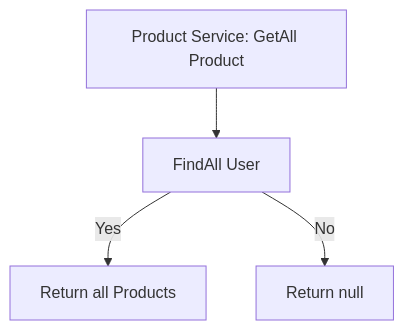
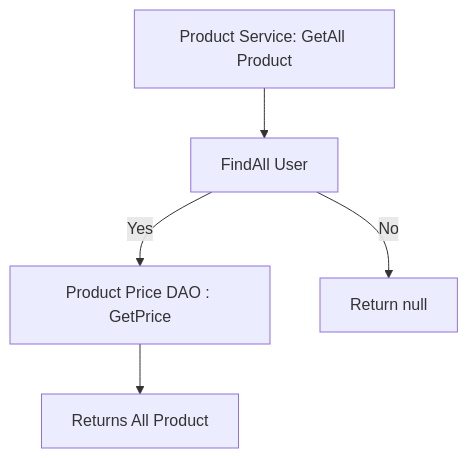
One commit to fssa-batch3/sec_b_inbalokesh.esakkipandi__corejava_project_2 changed the fifth of 9 diagrams in README.md. Above: the diagram before and after it, drawn with Mermaid. The commit also changed other lines of this file, not shown here.

````diff
--- a/README.md
+++ b/README.md
@@ -182,6 +213,7 @@
 ```mermaid
 graph TD;
   A["Product Service: GetAll Product"] --> B["FindAll User"]
-  B -- Yes --> C["Return all Products"]
+  B -- Yes --> C[Product Price DAO : GetPrice]
   B -- No --> D["Return null"]
+  C --> E[Returns All Product]
 ```
````
